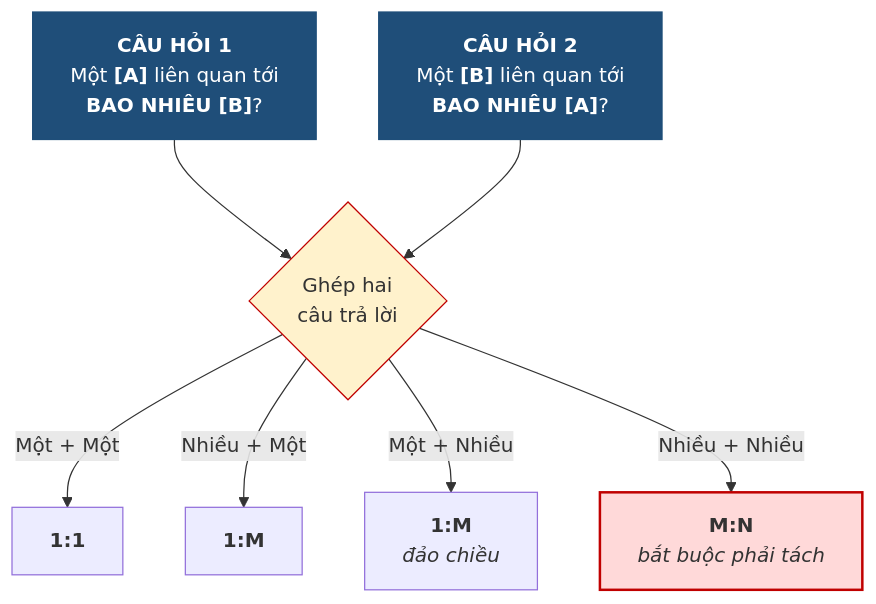
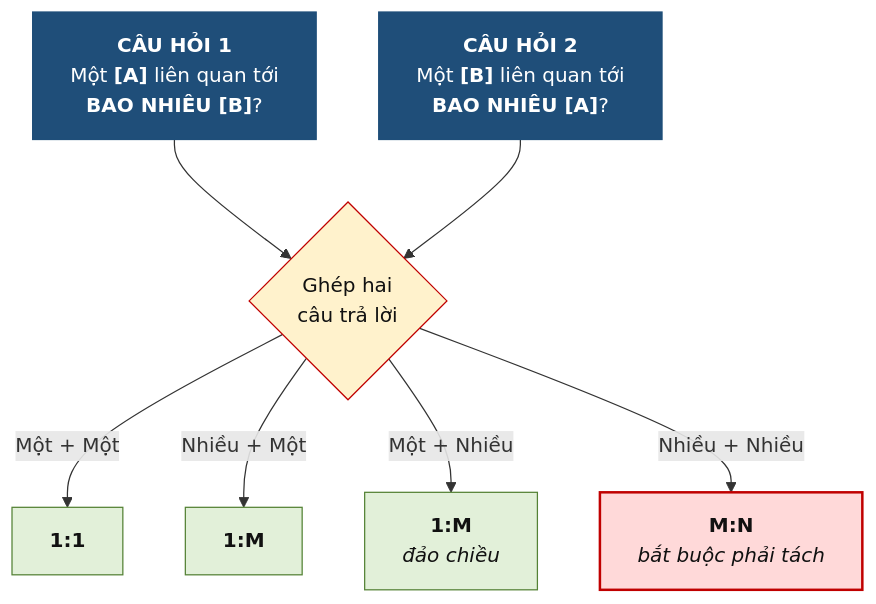
The diagram in docs/chuong-2/2-4-lien-ket-va-ky-thuat-hoi-hai-chieu.md (CuongNguyenDAU/csdl-dbs201), drawn with Mermaid before and after one commit. The commit also changed 123 other files, not shown here.

Commit message:
Cập nhật bài giảng v7: sơ đồ ER ký pháp Chen, hình minh họa tự vẽ, mở rộng toàn diện Chương 5 và bổ sung lời giải A4, B5

````diff
--- a/docs/chuong-2/2-4-lien-ket-va-ky-thuat-hoi-hai-chieu.md
+++ b/docs/chuong-2/2-4-lien-ket-va-ky-thuat-hoi-hai-chieu.md
@@ -25,15 +25,18 @@
 ```mermaid
 flowchart TB
     Q1["<b>CÂU HỎI 1</b><br/>Một <b>[A]</b> liên quan tới<br/><b>BAO NHIÊU [B]</b>?"]
     Q2["<b>CÂU HỎI 2</b><br/>Một <b>[B]</b> liên quan tới<br/><b>BAO NHIÊU [A]</b>?"]
     Q1 --> G{"Ghép hai<br/>câu trả lời"}
     Q2 --> G
     G -->|"Một + Một"| R1["<b>1:1</b>"]
     G -->|"Nhiều + Một"| R2["<b>1:M</b>"]
     G -->|"Một + Nhiều"| R3["<b>1:M</b><br/><i>đảo chiều</i>"]
     G -->|"Nhiều + Nhiều"| R4["<b>M:N</b><br/><i>bắt buộc phải tách</i>"]
-    style Q1 fill:#1F4E79,color:#fff,stroke:#1F4E79
-    style Q2 fill:#1F4E79,color:#fff,stroke:#1F4E79
-    style R4 fill:#FFD9D9,stroke:#C00000,stroke-width:2px
-    style G fill:#FFF2CC,stroke:#C00000
+    style Q1 fill:#1F4E79,color:#ffffff,stroke:#1F4E79
+    style Q2 fill:#1F4E79,color:#ffffff,stroke:#1F4E79
+    style R1 fill:#E2F0D9,stroke:#548235,color:#111111
+    style R2 fill:#E2F0D9,stroke:#548235,color:#111111
+    style R3 fill:#E2F0D9,stroke:#548235,color:#111111
+    style R4 fill:#FFD9D9,stroke:#C00000,stroke-width:2px,color:#111111
+    style G fill:#FFF2CC,stroke:#C00000,color:#111111
 ```
````
